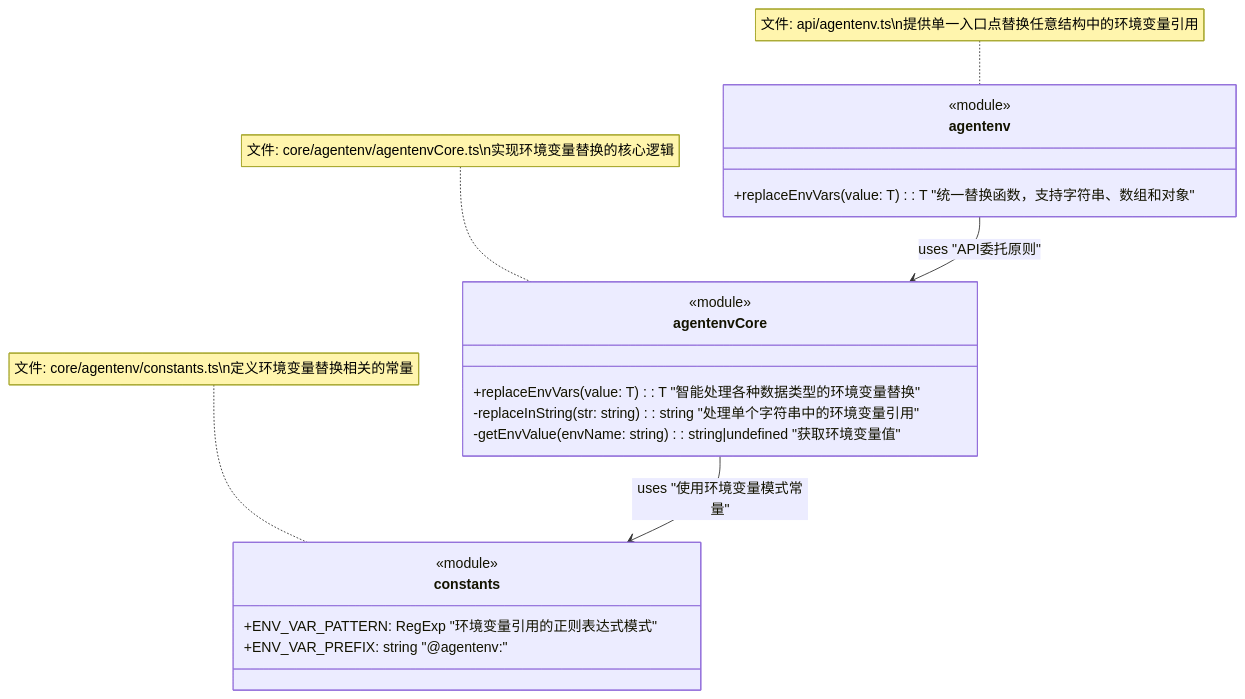
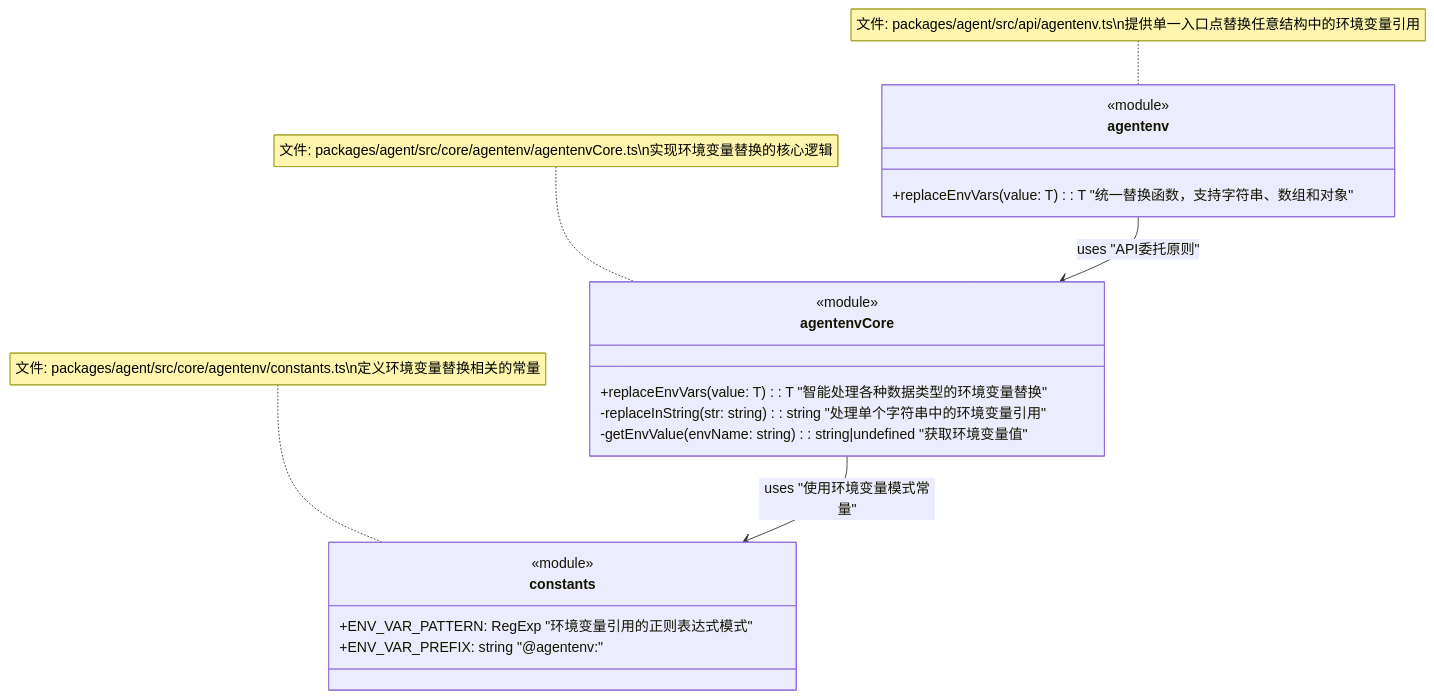
The first of 2 diagrams in packages/agent/docs/develop/Agentenv-Design.md (Deepractice/DPML), drawn with Mermaid before and after one commit. The commit also changed other lines of this file and 12 other files, not shown here.

````diff
--- a/packages/agent/docs/develop/Agentenv-Design.md
+++ b/packages/agent/docs/develop/Agentenv-Design.md
@@ -156,30 +156,30 @@
 ```mermaid
 classDiagram
     %% API层
     class agentenv {
         <<module>>
         +replaceEnvVars<T>(value: T): T "统一替换函数，支持字符串、数组和对象"
     }
-    note for agentenv "文件: api/agentenv.ts\n提供单一入口点替换任意结构中的环境变量引用"
+    note for agentenv "文件: packages/agent/src/api/agentenv.ts\n提供单一入口点替换任意结构中的环境变量引用"
     
     %% Core层 - 主模块
     class agentenvCore {
         <<module>>
         +replaceEnvVars<T>(value: T): T "智能处理各种数据类型的环境变量替换"
         -replaceInString(str: string): string "处理单个字符串中的环境变量引用"
         -getEnvValue(envName: string): string|undefined "获取环境变量值"
     }
-    note for agentenvCore "文件: core/agentenv/agentenvCore.ts\n实现环境变量替换的核心逻辑"
+    note for agentenvCore "文件: packages/agent/src/core/agentenv/agentenvCore.ts\n实现环境变量替换的核心逻辑"
     
     %% Types层 - 常量定义
     class constants {
         <<module>>
         +ENV_VAR_PATTERN: RegExp "环境变量引用的正则表达式模式"
         +ENV_VAR_PREFIX: string "@agentenv:"
     }
-    note for constants "文件: core/agentenv/constants.ts\n定义环境变量替换相关的常量"
+    note for constants "文件: packages/agent/src/core/agentenv/constants.ts\n定义环境变量替换相关的常量"
     
     %% 关系定义
     agentenv --> agentenvCore : uses "API委托原则"
     agentenvCore --> constants : uses "使用环境变量模式常量"
 ```
````
